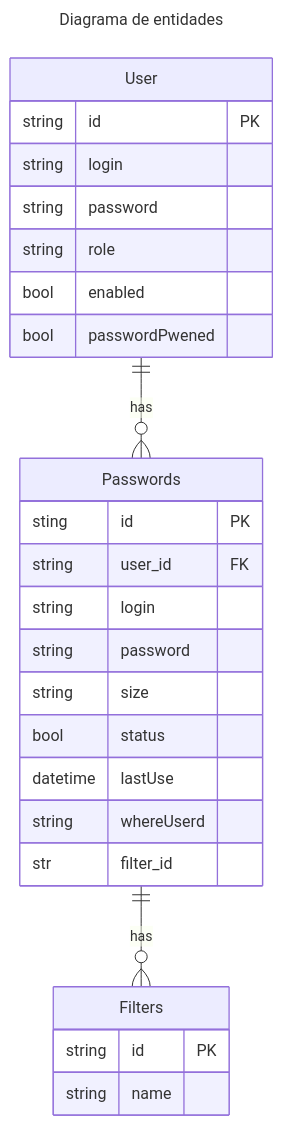
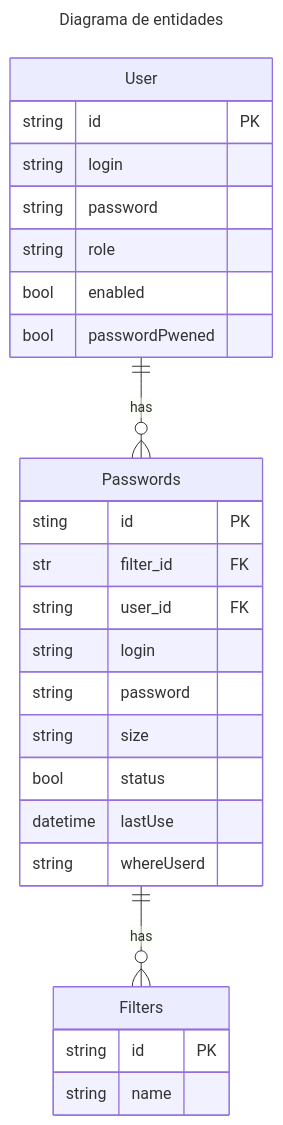
The diagram in docs/mer.mmd (LeoGotardo/MainDugWeb), drawn with Mermaid before and after one commit.

```diff
--- a/docs/mer.mmd
+++ b/docs/mer.mmd
@@ -1,32 +1,32 @@
 ---
 title: Diagrama de entidades
 ---
 erDiagram
     User{
         string id PK
         string login
         string password
         string role
         bool enabled
         bool passwordPwened
     }
 
     Passwords{
         sting id PK
+        str filter_id FK
         string user_id FK
         string login
         string password
         string size
         bool status
         datetime lastUse
         string whereUserd
-        str filter_id
     }
 
     Filters{
         string id PK
         string name
     }
 
     User ||--o{ Passwords: has
     Passwords ||--o{Filters: has
```
